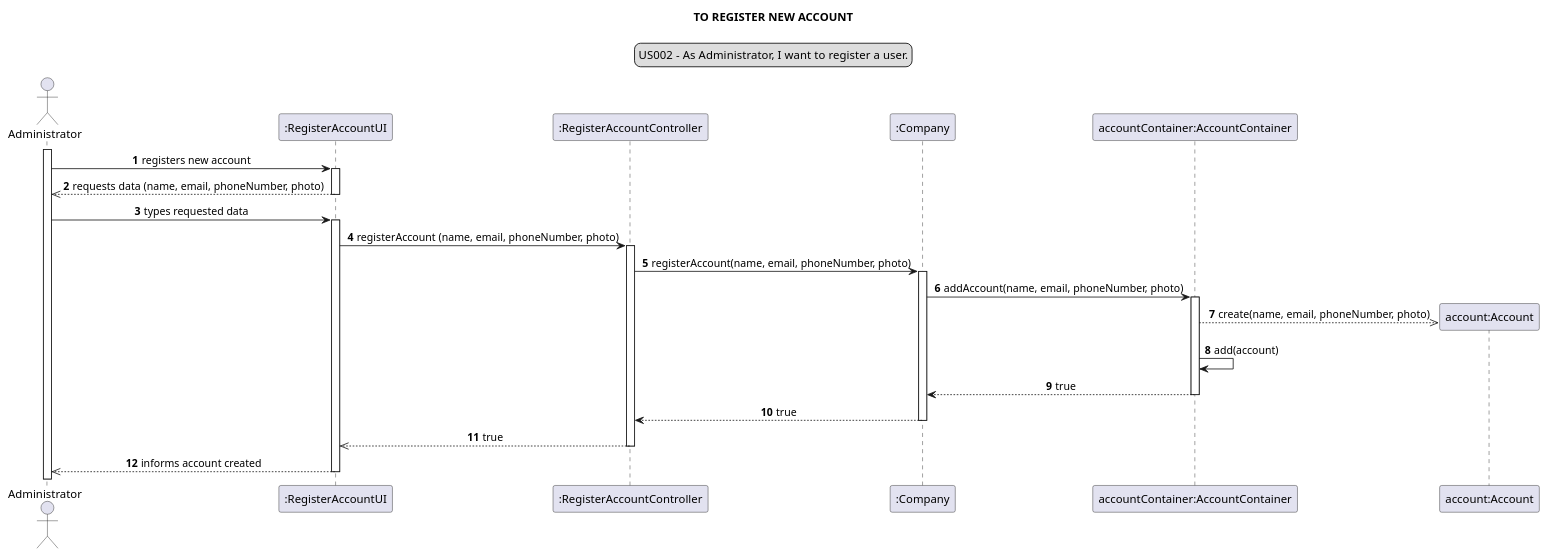
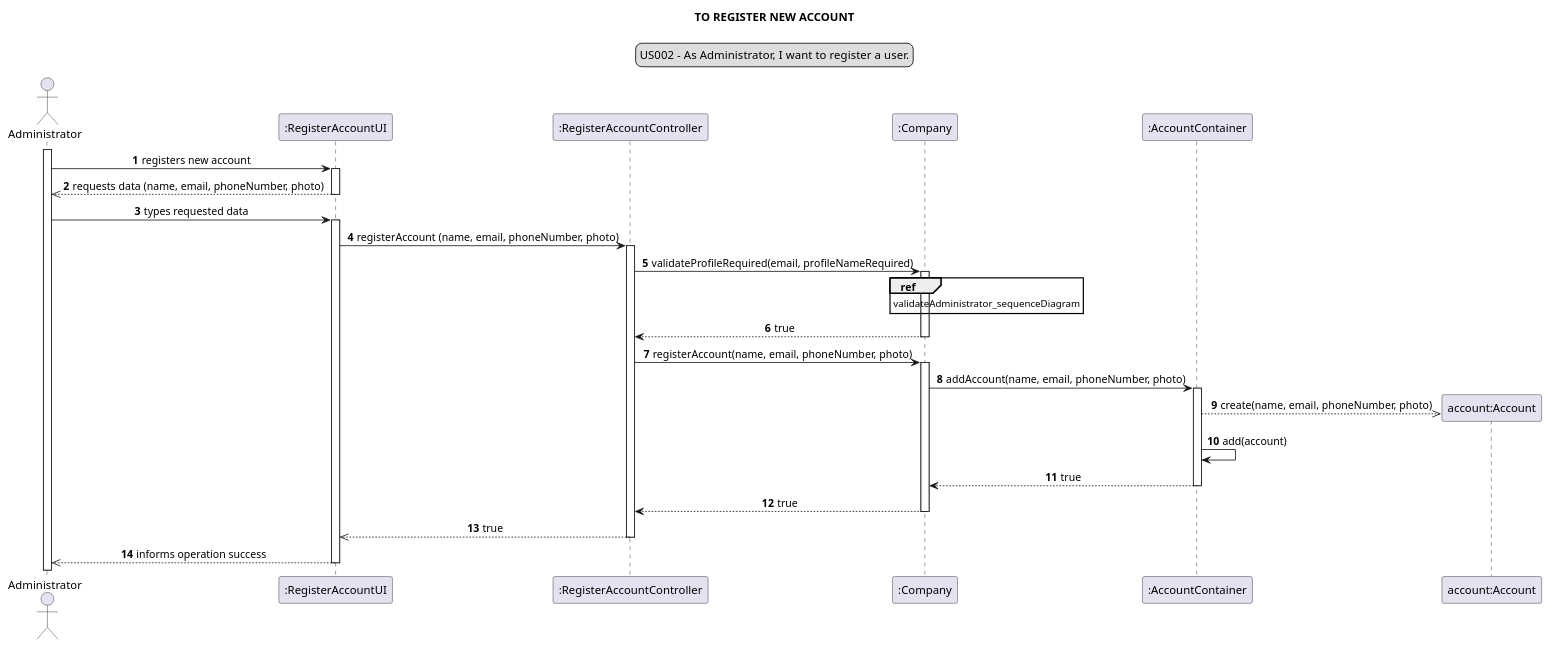
Before and after one commit to Loracline/project_switch_22-23: the diagram in docs/modelling_design/user_stories/sprint01/us002/US002_sequenceDiagram.puml, drawn with PlantUML. The commit also changed 4 other files, not shown here.

Commit message:
US001,US002, US007, US008, US009 : Design : refinement of Sequence Diagram

```diff
--- a/docs/modelling_design/user_stories/sprint01/us002/US002_sequenceDiagram.puml
+++ b/docs/modelling_design/user_stories/sprint01/us002/US002_sequenceDiagram.puml
@@ -1,38 +1,45 @@
 @startuml
 skinparam sequenceMessageAlign center
 title TO REGISTER NEW ACCOUNT
 legend top
 US002 - As Administrator, I want to register a user.
 end legend
 autonumber
 actor Administrator
 participant ":RegisterAccountUI" as ui
-participant ":RegisterAccountController" as controller
-participant ":Company" as comp
-participant "accountContainer:AccountContainer" as AC
-participant "account:Account" as account
+participant ":RegisterAccountController" as ct
+participant ":Company" as c
+participant ":AccountContainer" as cn
+participant "account:Account" as ac
 activate Administrator
 Administrator -> ui: registers new account
 activate ui
 ui -->> Administrator: requests data (name, email, phoneNumber, photo)
 deactivate ui
 Administrator -> ui: types requested data
 activate ui
-ui -> controller: registerAccount (name, email, phoneNumber, photo)
-activate controller
-controller -> comp: registerAccount(name, email, phoneNumber, photo)
-activate comp
-comp -> AC: addAccount(name, email, phoneNumber, photo)
-create account
-activate AC
-AC -->> account: create(name, email, phoneNumber, photo)
-AC -> AC: add(account)
-AC --> comp: true
-deactivate AC
-comp --> controller: true
-deactivate comp
-controller -->> ui: true
-deactivate controller
-ui-->> Administrator: informs account created
+ui -> ct: registerAccount (name, email, phoneNumber, photo)
+activate ct
+ct -> c: validateProfileRequired(email, profileNameRequired)
+activate c
+ref over c: validateAdministrator_sequenceDiagram
+c --> ct: true
+deactivate c
+
+ct -> c: registerAccount(name, email, phoneNumber, photo)
+activate c
+c -> cn: addAccount(name, email, phoneNumber, photo)
+create ac
+activate cn
+cn -->> ac: create(name, email, phoneNumber, photo)
+cn -> cn: add(account)
+cn --> c: true
+deactivate cn
+c --> ct: true
+deactivate c
+deactivate ac
+ct -->> ui: true
+deactivate ct
+ui-->> Administrator: informs operation success
 deactivate ui
 @enduml
```
